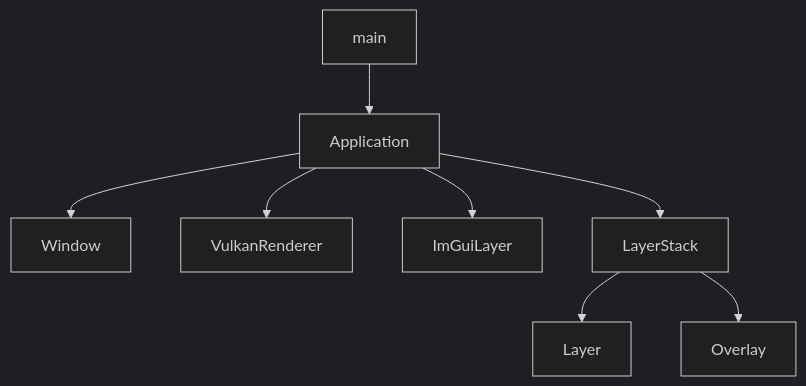
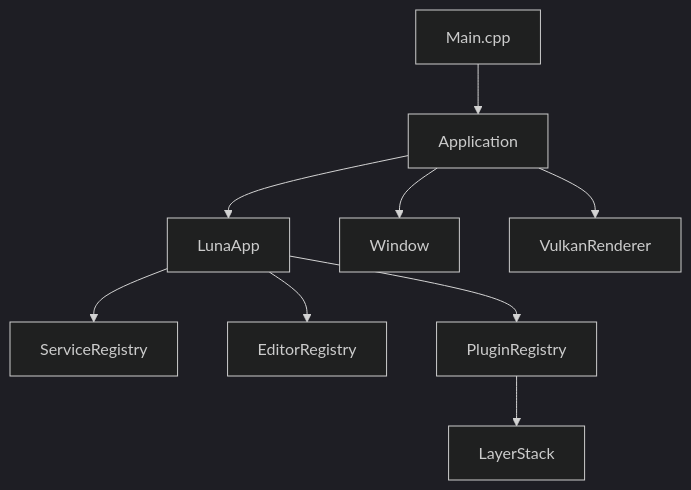
Before and after one commit to Yang-Junjie/Luna: the first of 8 diagrams in docs/manual/subsystems-manual.md, drawn with Mermaid (dark theme). The commit also changed other lines of this file and 49 other files, not shown here.

````diff
--- a/docs/manual/subsystems-manual.md
+++ b/docs/manual/subsystems-manual.md
@@ -7,10 +19,11 @@
 ```mermaid
 graph TD
-    A[main] --> B[Application]
-    B --> C[Window]
-    B --> D[VulkanRenderer]
-    B --> E[ImGuiLayer]
-    B --> F[LayerStack]
-    F --> G[Layer]
-    F --> H[Overlay]
+    MAIN[Main.cpp] --> APP[Application]
+    APP --> LUNAAPP[LunaApp]
+    LUNAAPP --> SR[ServiceRegistry]
+    LUNAAPP --> ER[EditorRegistry]
+    LUNAAPP --> PR[PluginRegistry]
+    PR --> LS[LayerStack]
+    APP --> WIN[Window]
+    APP --> VR[VulkanRenderer]
 ```
````
